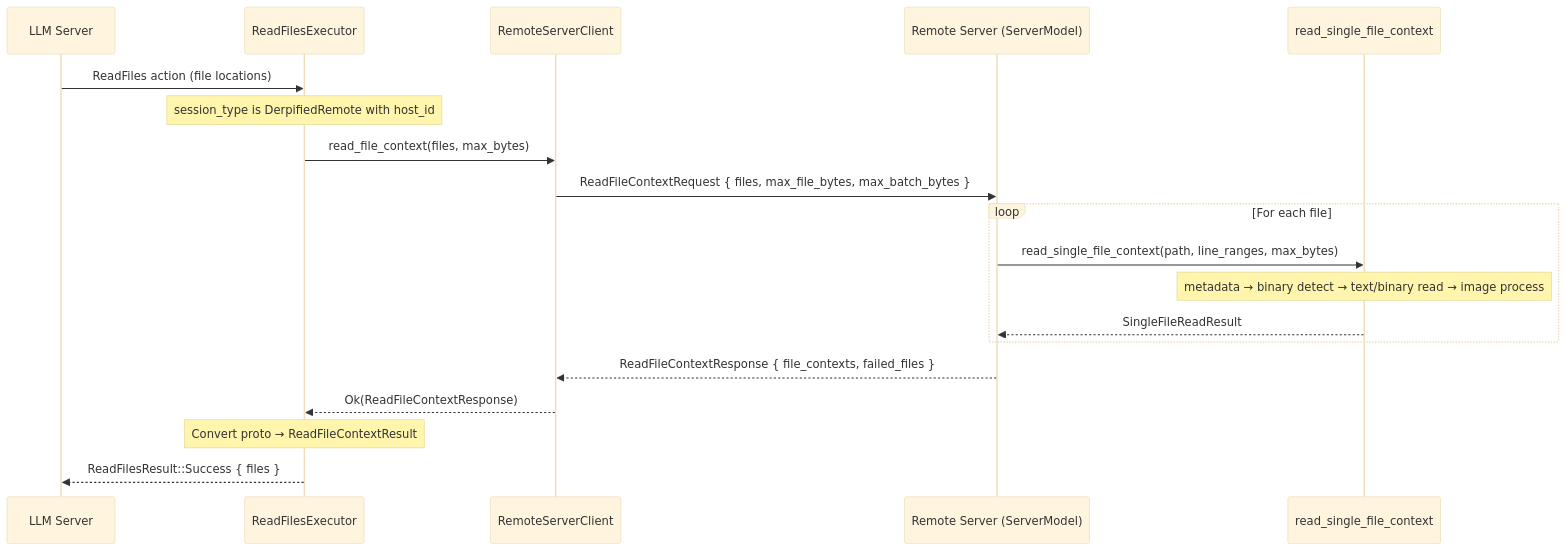
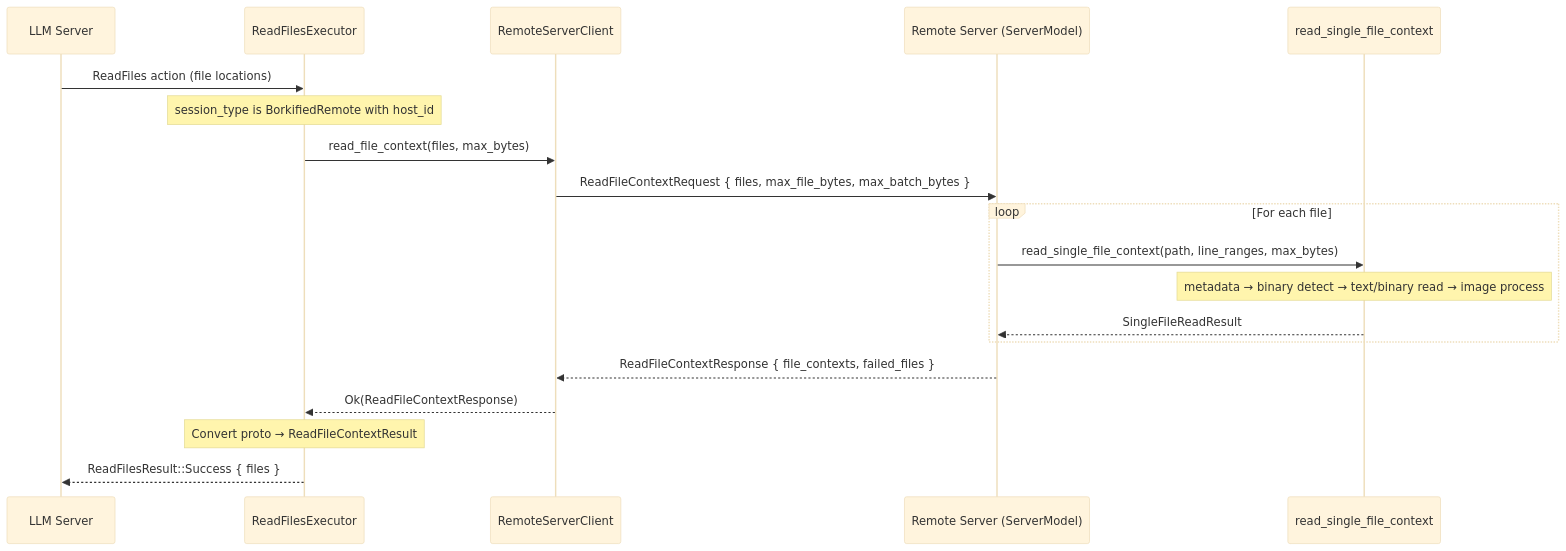
Before and after one commit to antikrust/krust-terminal: the diagram in specs/APP-3790/TECH-remote-read-files.md, drawn with Mermaid (base theme). The commit also changed other lines of this file and 4477 other files, not shown here.

````diff
--- a/specs/APP-3790/TECH-remote-read-files.md
+++ b/specs/APP-3790/TECH-remote-read-files.md
@@ -155,26 +155,26 @@
 ```mermaid
 sequenceDiagram
     participant LLM as LLM Server
     participant Executor as ReadFilesExecutor
     participant Client as RemoteServerClient
     participant Server as Remote Server (ServerModel)
     participant Shared as read_single_file_context
 
     LLM->>Executor: ReadFiles action (file locations)
-    Note over Executor: session_type is DerpifiedRemote with host_id
+    Note over Executor: session_type is BorkifiedRemote with host_id
 
     Executor->>Client: read_file_context(files, max_bytes)
     Client->>Server: ReadFileContextRequest { files, max_file_bytes, max_batch_bytes }
 
     loop For each file
         Server->>Shared: read_single_file_context(path, line_ranges, max_bytes)
         Note over Shared: metadata → binary detect → text/binary read → image process
         Shared-->>Server: SingleFileReadResult
     end
 
     Server-->>Client: ReadFileContextResponse { file_contexts, failed_files }
     Client-->>Executor: Ok(ReadFileContextResponse)
 
     Note over Executor: Convert proto → ReadFileContextResult
     Executor-->>LLM: ReadFilesResult::Success { files }
 ```
````
